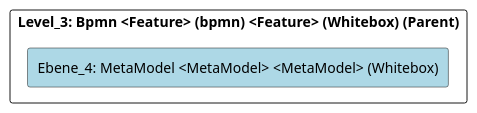
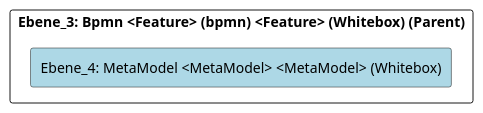
The diagram in doc/cleonproject_deliverables_architecture_model_architecture/adoc/de/05_bausteinsicht/cleon/modeling_languages/bpmn/metamodel/ebene_4_metamodel.adoc (marcozwyssig/cleon), drawn with PlantUML before and after one commit. The commit also changed other lines of this file and 620 other files, not shown here.

```diff
--- a/doc/cleonproject_deliverables_architecture_model_architecture/adoc/de/05_bausteinsicht/cleon/modeling_languages/bpmn/metamodel/ebene_4_metamodel.adoc
+++ b/doc/cleonproject_deliverables_architecture_model_architecture/adoc/de/05_bausteinsicht/cleon/modeling_languages/bpmn/metamodel/ebene_4_metamodel.adoc
@@ -21,24 +21,24 @@
 [plantuml, Ebene_4: MetaModel <MetaModel> <MetaModel> (Whitebox)BlockOverview, format="svg"]
 ----
 @startuml Ebene_4: MetaModel <MetaModel> <MetaModel> (Whitebox)BuildingBlockOverview
 
 skinparam ranksep 10
 skinparam componentStyle rectangle
 skinparam shadowing false
 skinparam arrowColor lightblue
 skinparam arrowThickness 1.2
 skinparam rectangle {
   BackgroundColor White
   BorderColor #333
   RoundCorner 10
 }
 top to bottom direction
 
-component "Level_3: Bpmn <Feature> (bpmn) <Feature> (Whitebox) (Parent)" {
+component "Ebene_3: Bpmn <Feature> (bpmn) <Feature> (Whitebox) (Parent)" {
     component "Ebene_4: MetaModel <MetaModel> <MetaModel> (Whitebox)" #lightblue {
     }
 
 }
 
 @enduml
 ----
```
